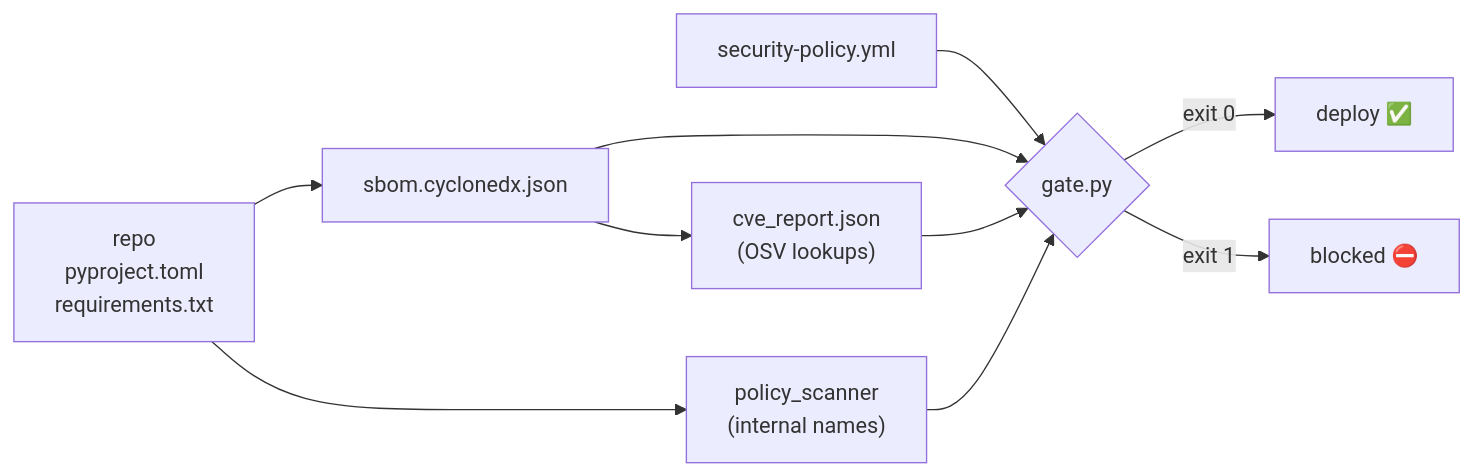
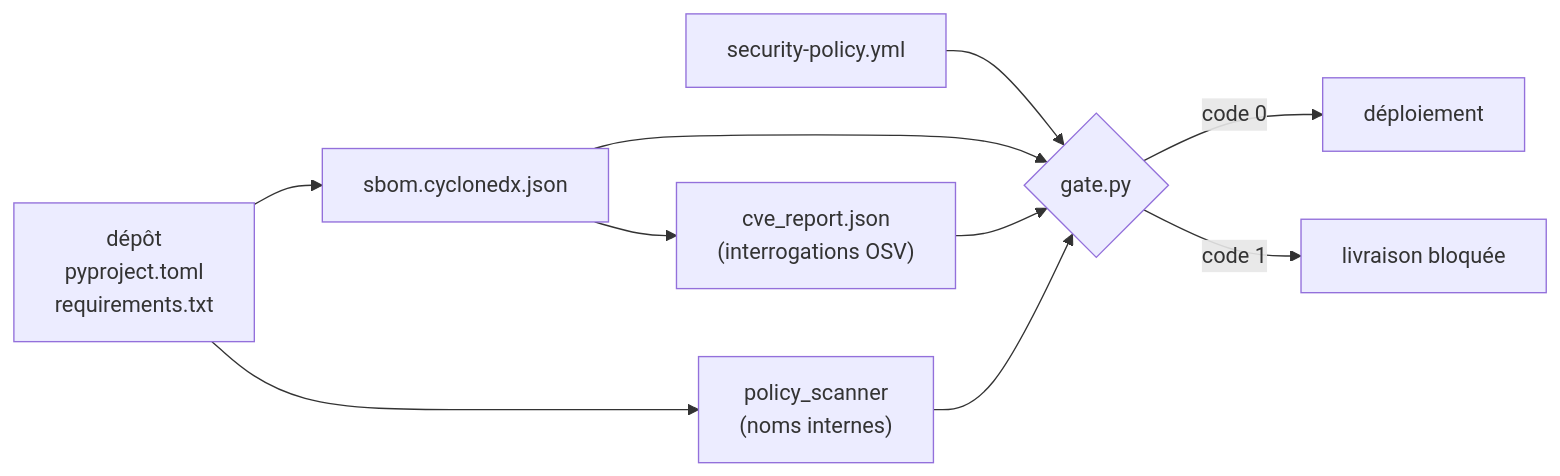
One commit to nassim7792/Nass_software-supply-chain-security-lab changed the second of 3 diagrams in docs/ARCHITECTURE.md. Above: the diagram before and after it, drawn with Mermaid. The commit also changed other lines of this file and 4 other files, not shown here.

````diff
--- a/docs/ARCHITECTURE.md
+++ b/docs/ARCHITECTURE.md
@@ -48,11 +49,11 @@
 ```mermaid
 flowchart LR
-    SRC["repo<br/>pyproject.toml<br/>requirements.txt"] --> SBOM["sbom.cyclonedx.json"]
-    SBOM --> SCAN["cve_report.json<br/>(OSV lookups)"]
+    SRC["dépôt<br/>pyproject.toml<br/>requirements.txt"] --> SBOM["sbom.cyclonedx.json"]
+    SBOM --> SCAN["cve_report.json<br/>(interrogations OSV)"]
     POLICY["security-policy.yml"] --> GATE{"gate.py"}
     SBOM --> GATE
     SCAN --> GATE
-    SRC --> PSCAN["policy_scanner<br/>(internal names)"] --> GATE
-    GATE -->|exit 0| SHIP["deploy ✅"]
-    GATE -->|exit 1| STOP["blocked ⛔"]
+    SRC --> PSCAN["policy_scanner<br/>(noms internes)"] --> GATE
+    GATE -->|code 0| SHIP["déploiement"]
+    GATE -->|code 1| STOP["livraison bloquée"]
 ```
````
